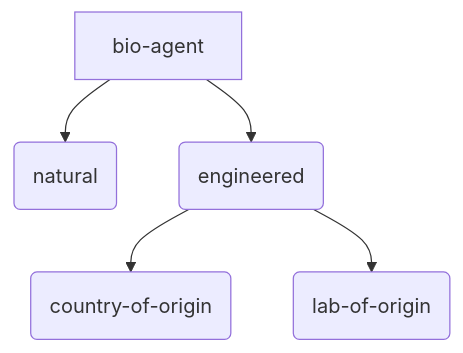
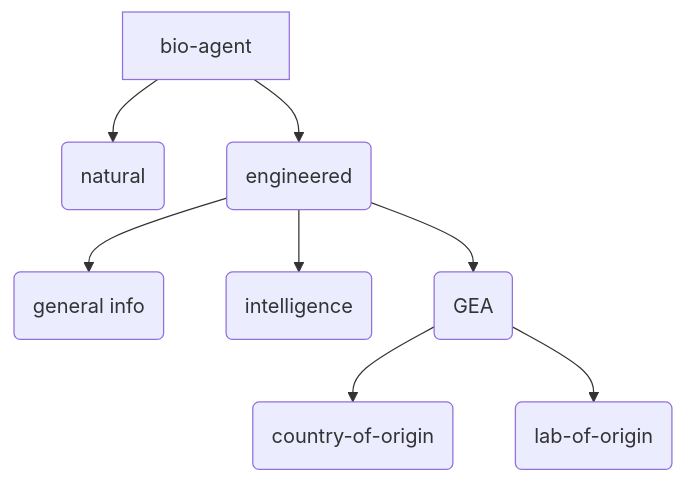
One commit to mastoffel/blog changed the second of 2 diagrams in posts/gea/index.qmd. Above: the diagram before and after it, drawn with Mermaid. The commit also changed other lines of this file and 6 other files, not shown here.

````diff
--- a/posts/gea/index.qmd
+++ b/posts/gea/index.qmd
@@ -16,10 +40,13 @@
 ```{mermaid}
 %%| label: fig-mermaid
 %%| fig-cap: bio-forensics
 
 flowchart TD
     A[bio-agent] --> B(natural)
     A            --> C(engineered)
-    C            --> D(country-of-origin)
-    C            --> E(lab-of-origin)    
+    C            --> D(general info)
+    C            --> E(intelligence)
+    C            --> F(GEA)
+    F            --> G(country-of-origin)
+    F            --> H(lab-of-origin)    
 ```
````
